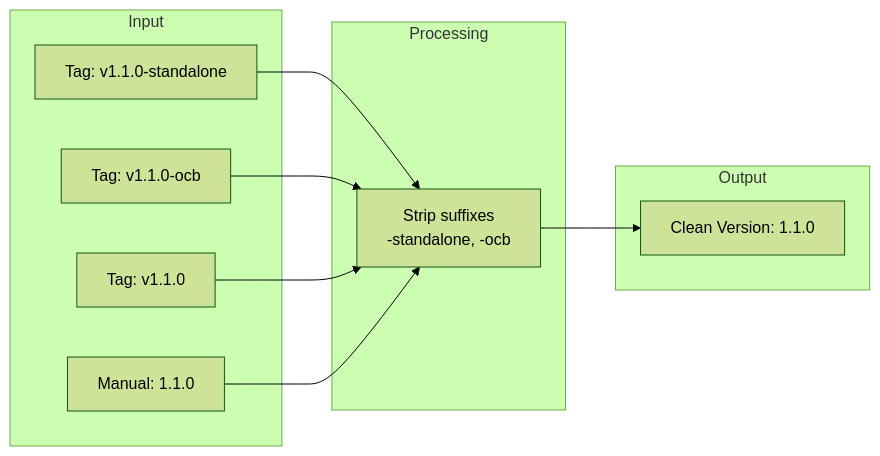
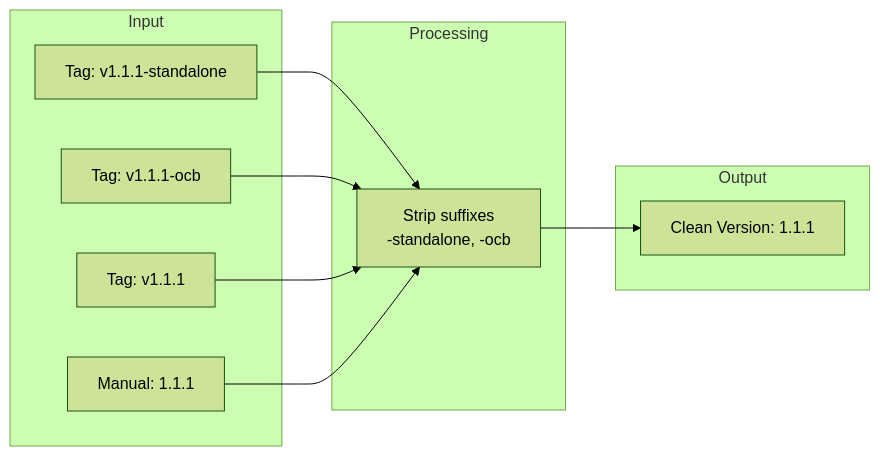
One commit to telemetryflow/telemetryflow-collector changed diagram 14 of 21 in docs/GITHUB-WORKFLOWS.md. Above: the diagram before and after it, drawn with Mermaid (forest theme). The commit also changed other lines of this file and 18 other files, not shown here.

````diff
--- a/docs/GITHUB-WORKFLOWS.md
+++ b/docs/GITHUB-WORKFLOWS.md
@@ -510,23 +510,23 @@
 ```mermaid
 flowchart LR
     subgraph "Input"
-        I1[Tag: v1.1.0-standalone]
-        I2[Tag: v1.1.0-ocb]
-        I3[Tag: v1.1.0]
-        I4[Manual: 1.1.0]
+        I1[Tag: v1.1.1-standalone]
+        I2[Tag: v1.1.1-ocb]
+        I3[Tag: v1.1.1]
+        I4[Manual: 1.1.1]
     end
 
     subgraph "Processing"
         P[Strip suffixes<br/>-standalone, -ocb]
     end
 
     subgraph "Output"
-        O[Clean Version: 1.1.0]
+        O[Clean Version: 1.1.1]
     end
 
     I1 --> P
     I2 --> P
     I3 --> P
     I4 --> P
     P --> O
 ```
````
